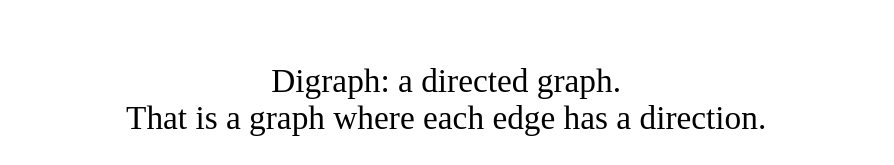
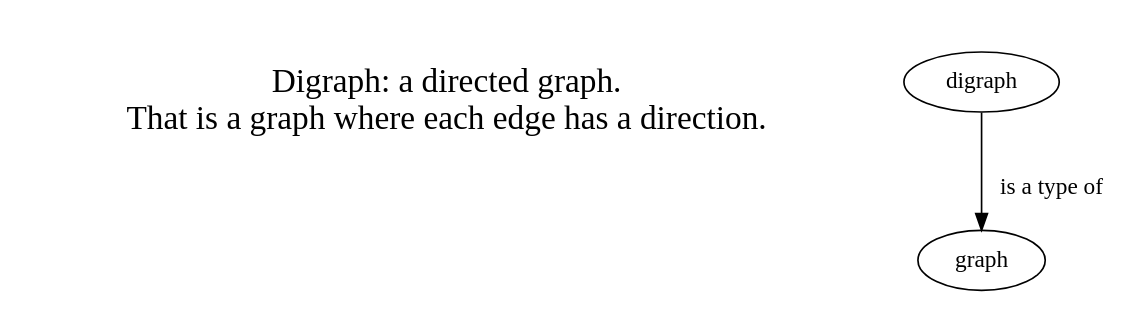
Before and after one commit to curtcox/practical-graphviz: the diagram in digraph.dot, drawn with Graphviz. The commit also changed 31 other files, not shown here.

```diff
--- a/digraph.dot
+++ b/digraph.dot
@@ -1,6 +1,8 @@
 digraph G {
 "
 Digraph: a directed graph.
 That is a graph where each edge has a direction.
 " [shape=none fontsize=20]
+
+"digraph" -> "graph" [label=" is a type of"]
 }
```
